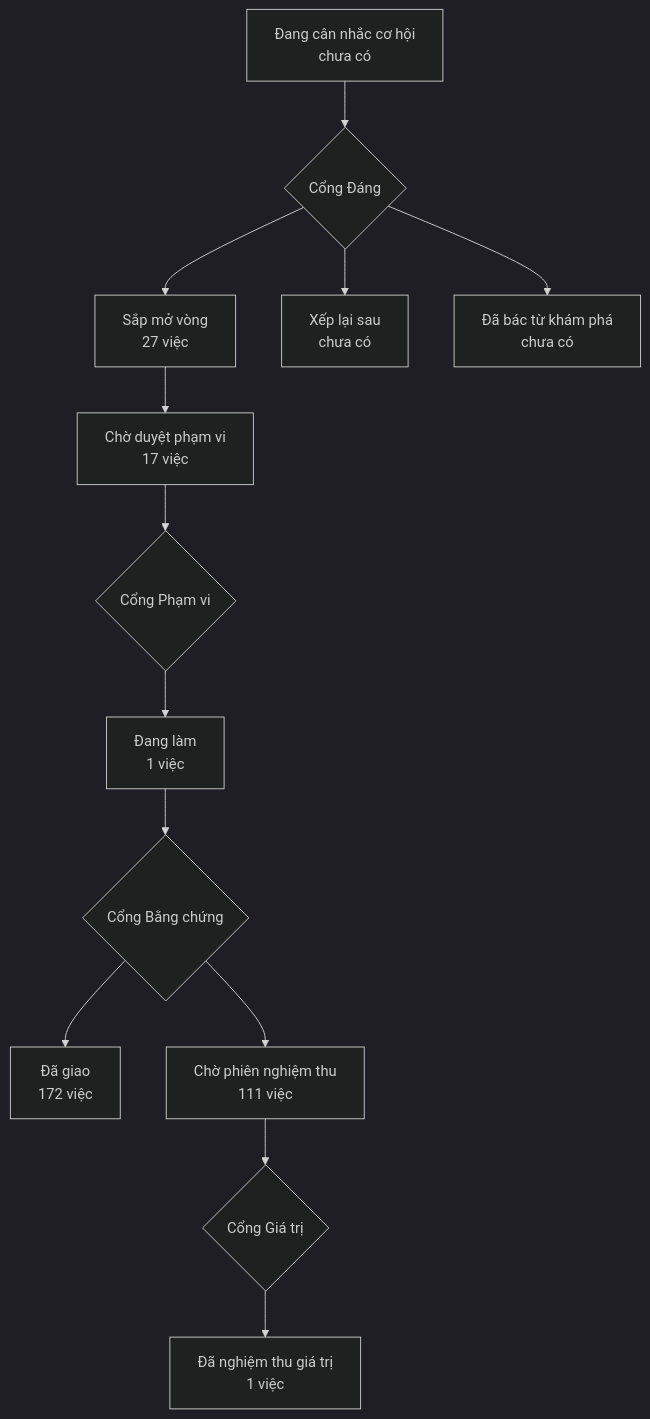
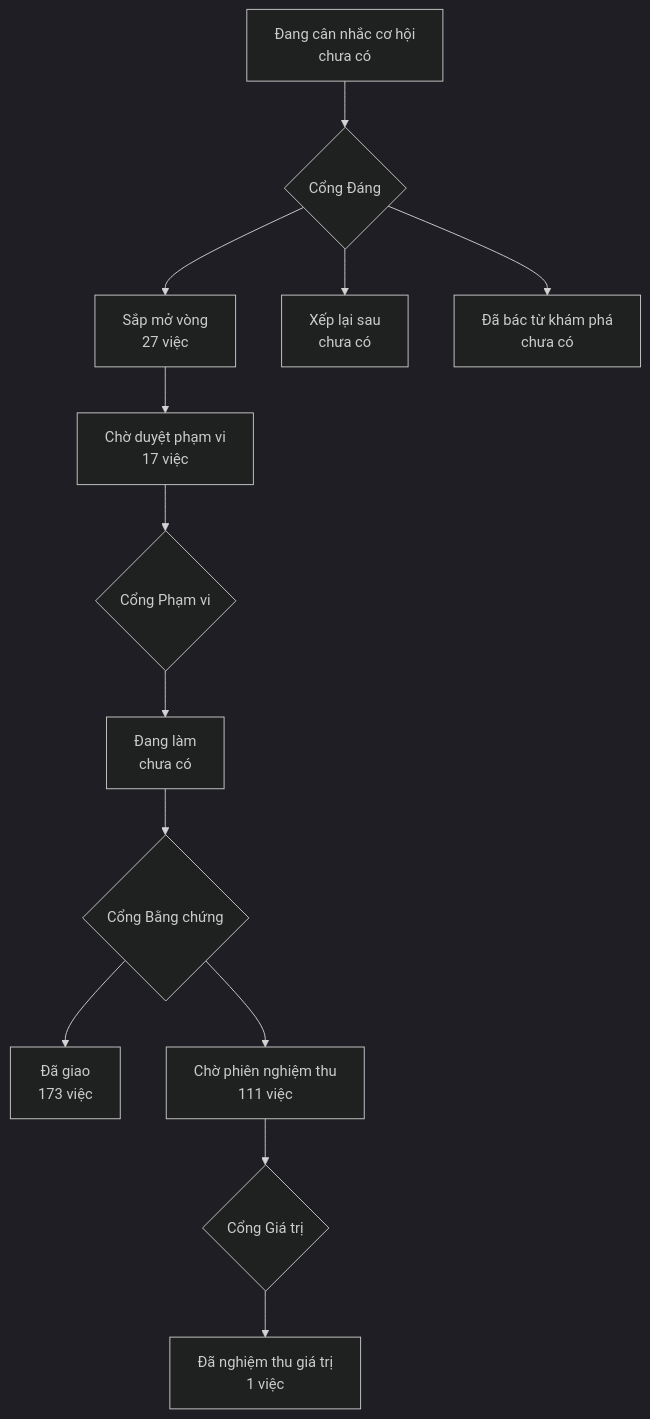
One commit to phanlemanh/onehub-invest changed the diagram in PRODUCT-MAP.md. Above: the diagram before and after it, drawn with Mermaid (dark theme). The commit also changed other lines of this file and 4 other files, not shown here.

````diff
--- a/PRODUCT-MAP.md
+++ b/PRODUCT-MAP.md
@@ -7,12 +7,12 @@
 ```mermaid
 flowchart TD
   A["Đang cân nhắc cơ hội<br/>chưa có"] --> GD{"Cổng Đáng"}
   GD --> B["Sắp mở vòng<br/>27 việc"]
   GD --> XL["Xếp lại sau<br/>chưa có"]
   GD --> DB["Đã bác từ khám phá<br/>chưa có"]
   B --> CD["Chờ duyệt phạm vi<br/>17 việc"] --> GP{"Cổng Phạm vi"}
-  GP --> DL["Đang làm<br/>1 việc"] --> GB{"Cổng Bằng chứng"}
-  GB --> DG["Đã giao<br/>172 việc"]
+  GP --> DL["Đang làm<br/>chưa có"] --> GB{"Cổng Bằng chứng"}
+  GB --> DG["Đã giao<br/>173 việc"]
   GB --> CN["Chờ phiên nghiệm thu<br/>111 việc"] --> GG{"Cổng Giá trị"}
   GG --> NT["Đã nghiệm thu giá trị<br/>1 việc"]
 ```
````
